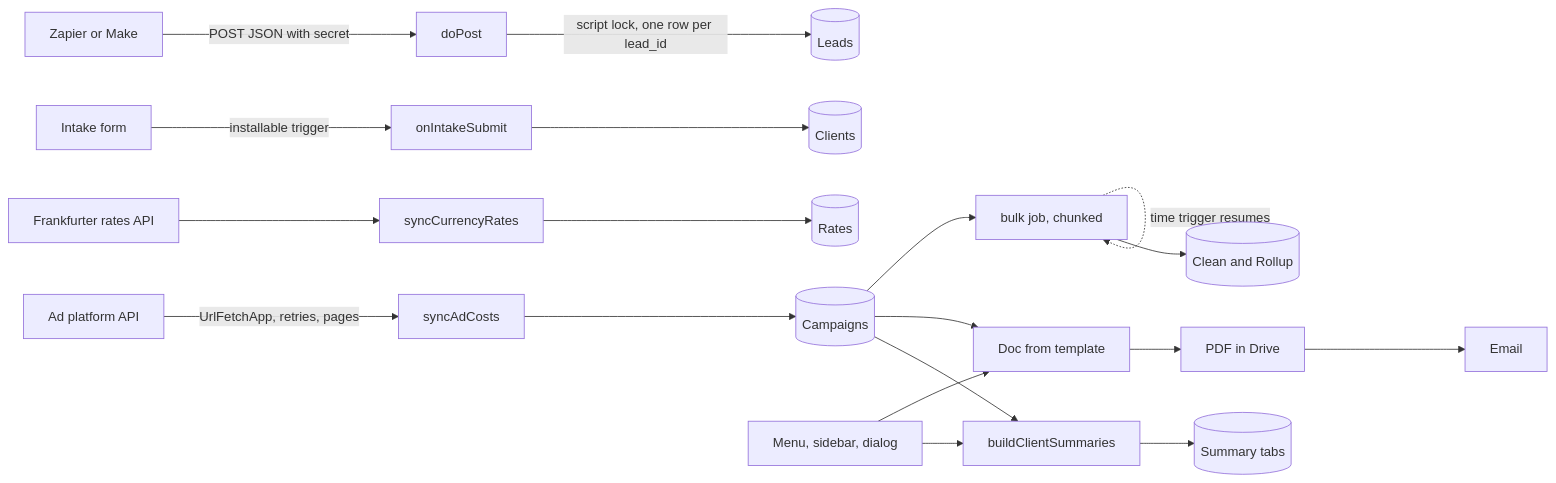
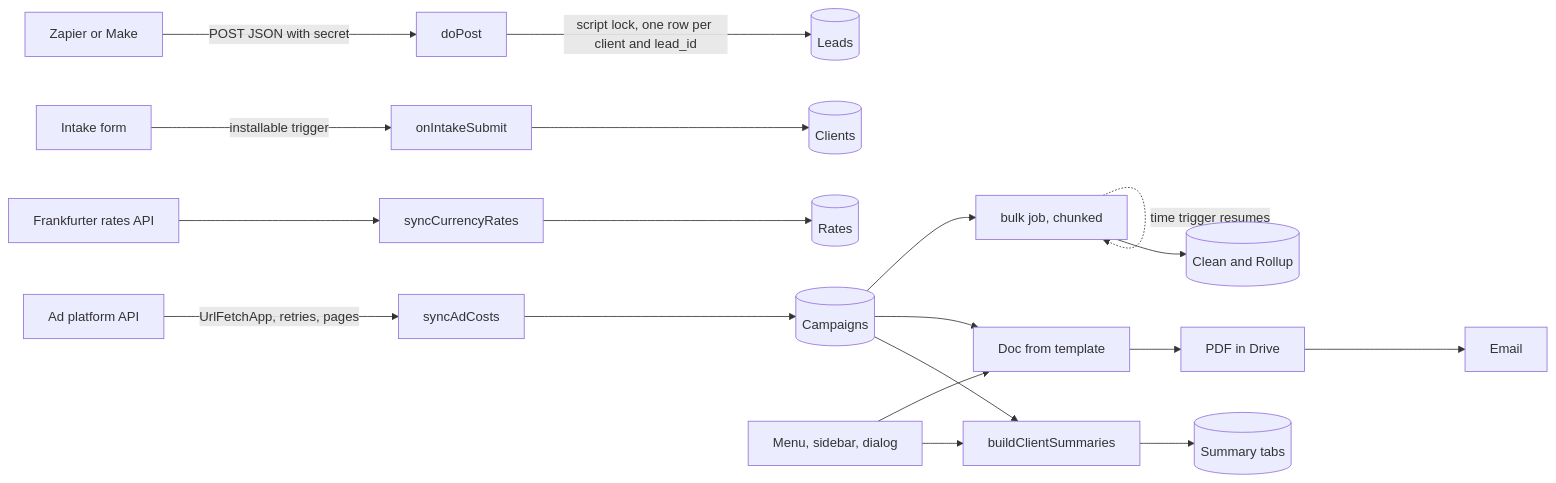
Before and after one commit to Exalt24/sheetdesk: the diagram in README.md, drawn with Mermaid. The commit also changed other lines of this file and 27 other files, not shown here.

````diff
--- a/README.md
+++ b/README.md
@@ -45,21 +45,21 @@
 ```mermaid
 flowchart LR
   Z[Zapier or Make] -->|POST JSON with secret| W[doPost]
-  W -->|script lock, one row per lead_id| L[(Leads)]
+  W -->|script lock, one row per client and lead_id| L[(Leads)]
   F[Intake form] -->|installable trigger| I[onIntakeSubmit]
   I --> C[(Clients)]
   A[Ad platform API] -->|UrlFetchApp, retries, pages| S[syncAdCosts]
   S --> K[(Campaigns)]
   R[Frankfurter rates API] --> X[syncCurrencyRates]
   X --> T[(Rates)]
   K --> P[buildClientSummaries]
   P --> U[(Summary tabs)]
   K --> D[Doc from template]
   D --> PDF[PDF in Drive]
   PDF --> M[Email]
   K --> B[bulk job, chunked]
   B --> Q[(Clean and Rollup)]
   B -. time trigger resumes .-> B
   N[Menu, sidebar, dialog] --> P
   N --> D
 ```
````
